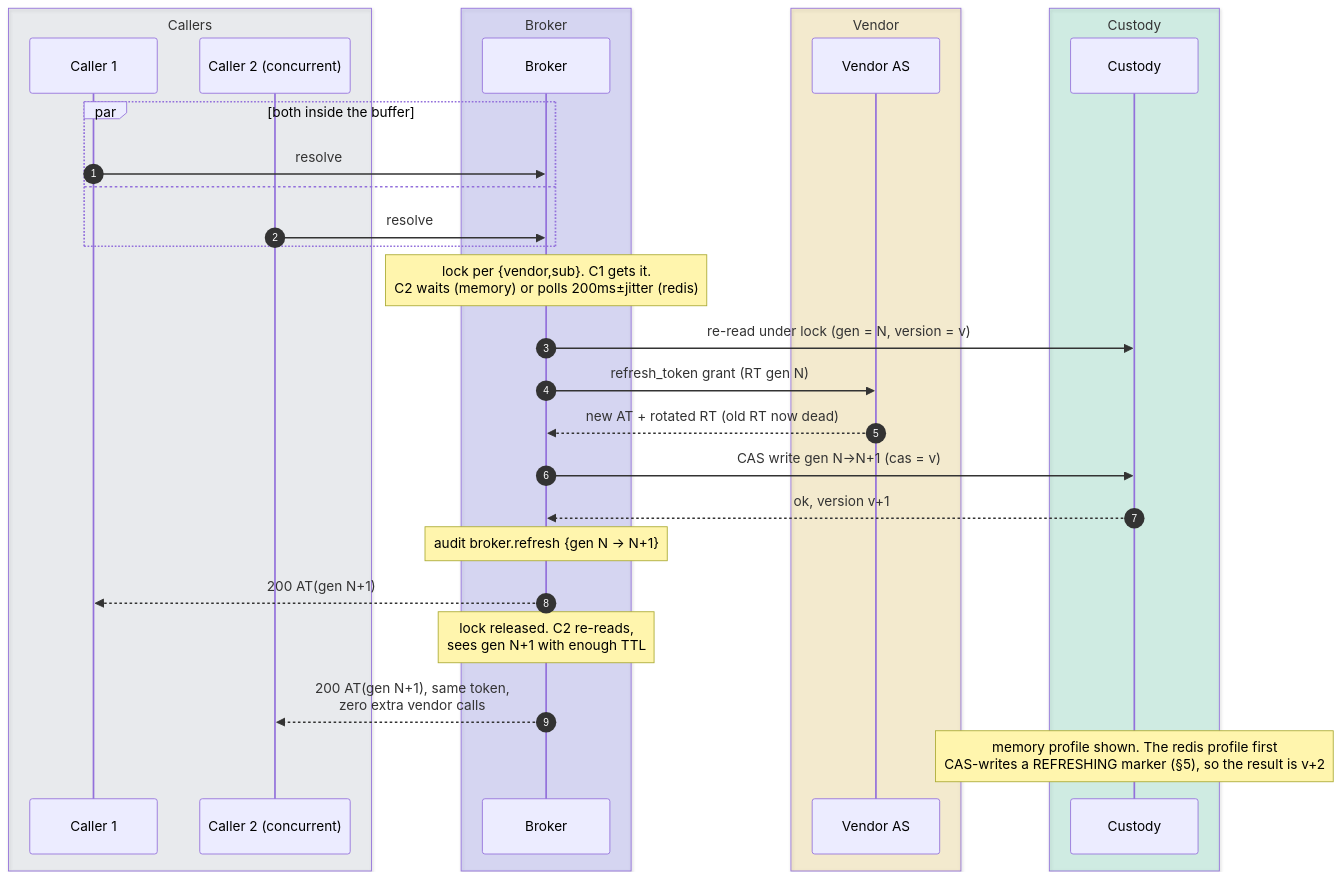
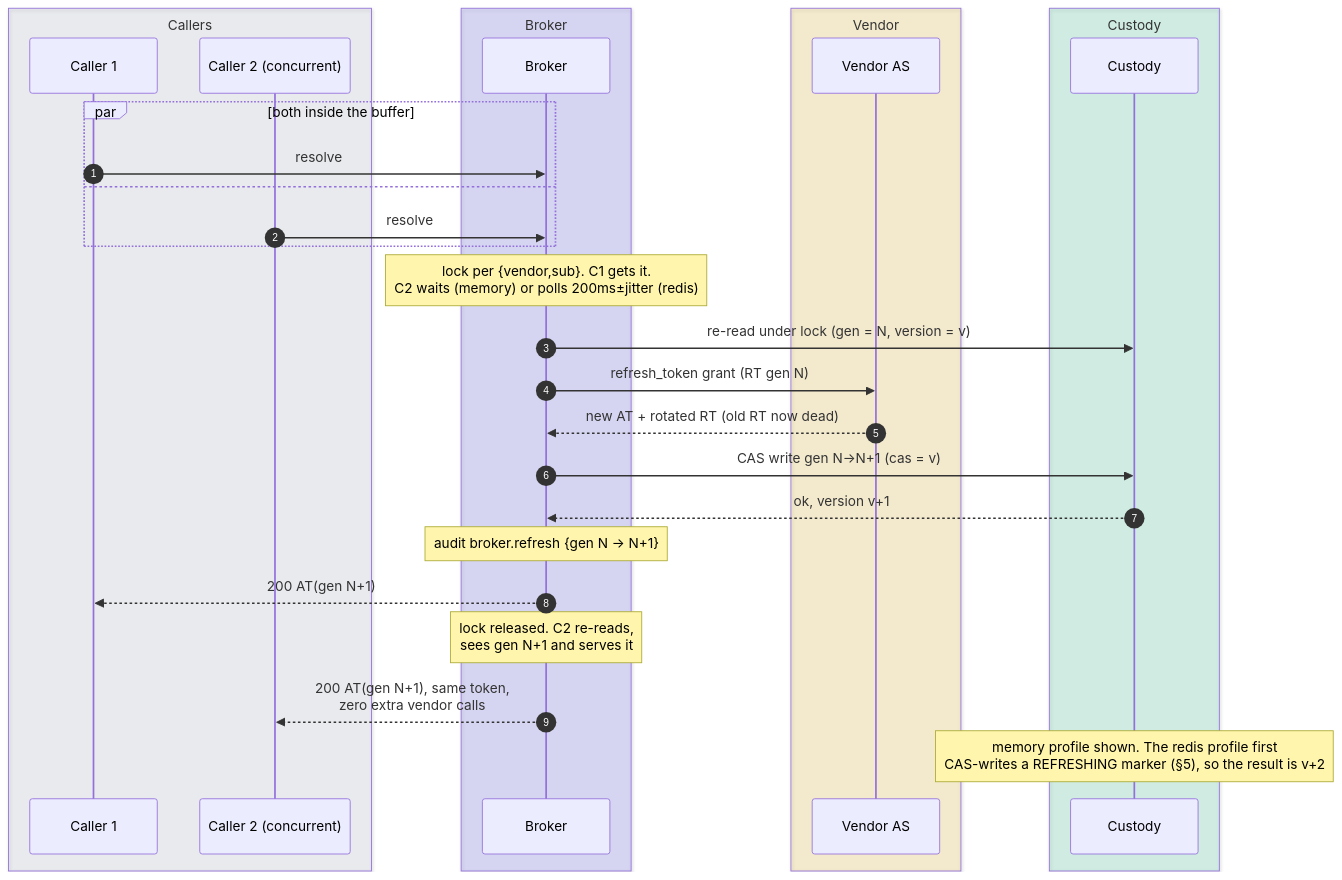
The fourth of 11 diagrams in docs/token-lifecycle.md (chief-builder/vendor-token-broker), drawn with Mermaid before and after one commit. The commit also changed other lines of this file and 26 other files, not shown here.

````diff
--- a/docs/token-lifecycle.md
+++ b/docs/token-lifecycle.md
@@ -189,34 +211,34 @@
 ```mermaid
 sequenceDiagram
     autonumber
     box rgba(148,163,184,0.14) Callers
         participant C1 as Caller 1
         participant C2 as Caller 2 (concurrent)
     end
     box rgba(99,102,241,0.20) Broker
         participant B as Broker
     end
     box rgba(234,179,8,0.16) Vendor
         participant V as Vendor AS
     end
     box rgba(16,185,129,0.16) Custody
         participant K as Custody
     end
 
     par both inside the buffer
         C1->>B: resolve
     and
         C2->>B: resolve
     end
     Note over B: lock per {vendor,sub}. C1 gets it.<br/>C2 waits (memory) or polls 200ms±jitter (redis)
     B->>K: re-read under lock (gen = N, version = v)
     B->>V: refresh_token grant (RT gen N)
     V-->>B: new AT + rotated RT (old RT now dead)
     B->>K: CAS write gen N→N+1 (cas = v)
     K-->>B: ok, version v+1
     Note over B: audit broker.refresh {gen N → N+1}
     B-->>C1: 200 AT(gen N+1)
-    Note over B: lock released. C2 re-reads,<br/>sees gen N+1 with enough TTL
+    Note over B: lock released. C2 re-reads,<br/>sees gen N+1 and serves it
     B-->>C2: 200 AT(gen N+1), same token,<br/>zero extra vendor calls
     Note over K: memory profile shown. The redis profile first<br/>CAS-writes a REFRESHING marker (§5), so the result is v+2
 ```
````
